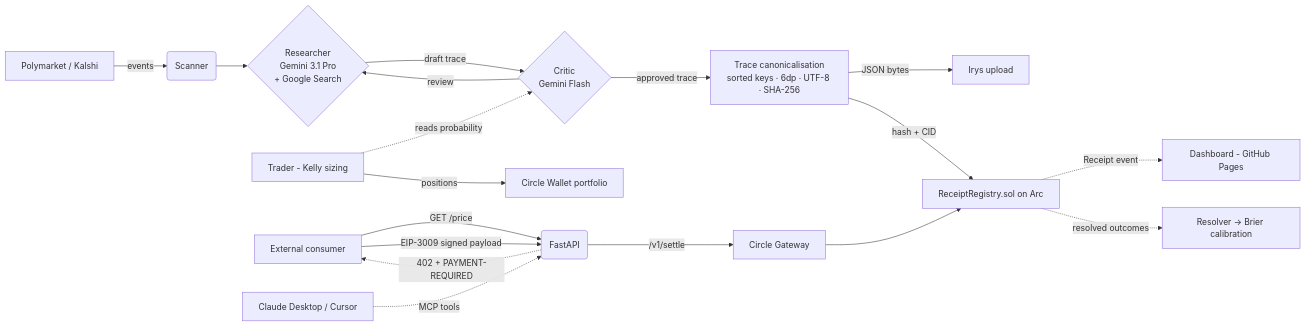
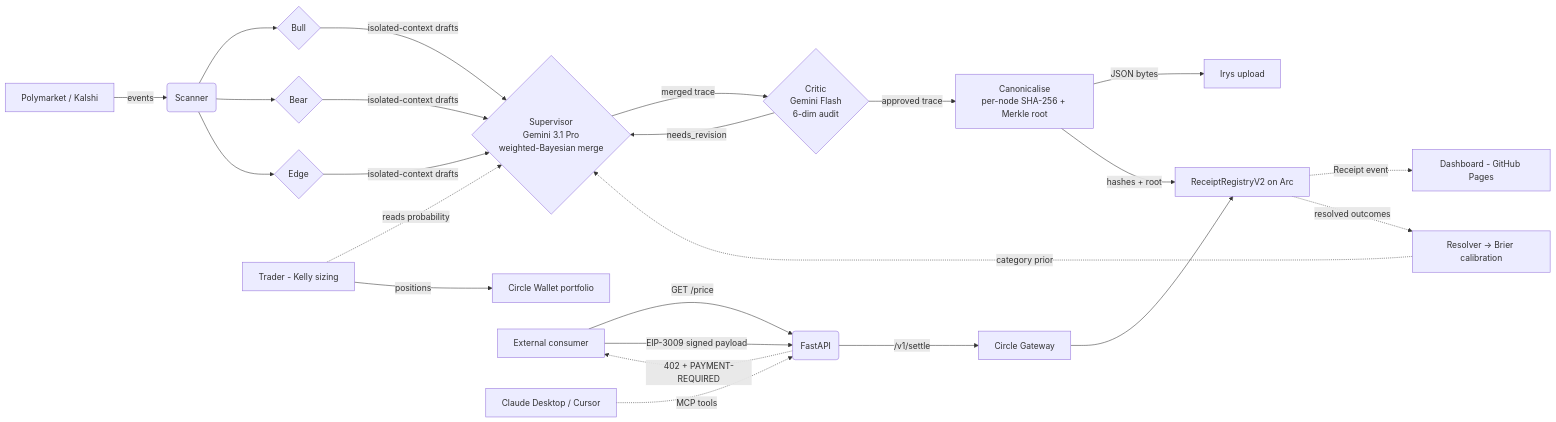
The diagram in README.md (tang-vu/reasoning-receipt), drawn with Mermaid before and after one commit. The commit also changed other lines of this file and 1 other file, not shown here.

Commit message:
docs: refresh README + SUBMISSION — current metrics + 5-agent ensemble

````diff
--- a/README.md
+++ b/README.md
@@ -56,20 +56,24 @@
 ```mermaid
 graph LR
   A[Polymarket / Kalshi] -->|events| B(Scanner)
-  B --> R{Researcher<br/>Gemini 3.1 Pro<br/>+ Google Search}
-  R -->|draft trace| K{Critic<br/>Gemini Flash}
-  K -->|review| R
-  K -->|approved trace| S[Trace canonicalisation<br/>sorted keys · 6dp · UTF-8 · SHA-256]
+  B --> BU{Bull}
+  B --> BE{Bear}
+  B --> ED{Edge}
+  BU & BE & ED -->|isolated-context drafts| SV{Supervisor<br/>Gemini 3.1 Pro<br/>weighted-Bayesian merge}
+  SV -->|merged trace| K{Critic<br/>Gemini Flash<br/>6-dim audit}
+  K -->|needs_revision| SV
+  K -->|approved trace| S[Canonicalise<br/>per-node SHA-256 + Merkle root]
   S -->|JSON bytes| F[Irys upload]
-  S -->|hash + CID| G[ReceiptRegistry.sol on Arc]
+  S -->|hashes + root| G[ReceiptRegistryV2 on Arc]
   G -.->|Receipt event| H[Dashboard - GitHub Pages]
   G -.->|resolved outcomes| Q[Resolver → Brier calibration]
-  D[Trader - Kelly sizing] -.->|reads probability| K
-  D -->|positions| E[Circle Wallet portfolio]
+  Q -.->|category prior| SV
+  D[Trader - Kelly sizing] -.->|reads probability| SV
+  D -->|positions| W[Circle Wallet portfolio]
   I[External consumer] -->|GET /price| J(FastAPI)
   J -.->|402 + PAYMENT-REQUIRED| I
   I -->|EIP-3009 signed payload| J
   J -->|/v1/settle| C[Circle Gateway]
   C --> G
   M[Claude Desktop / Cursor] -.->|MCP tools| J
 ```
````
